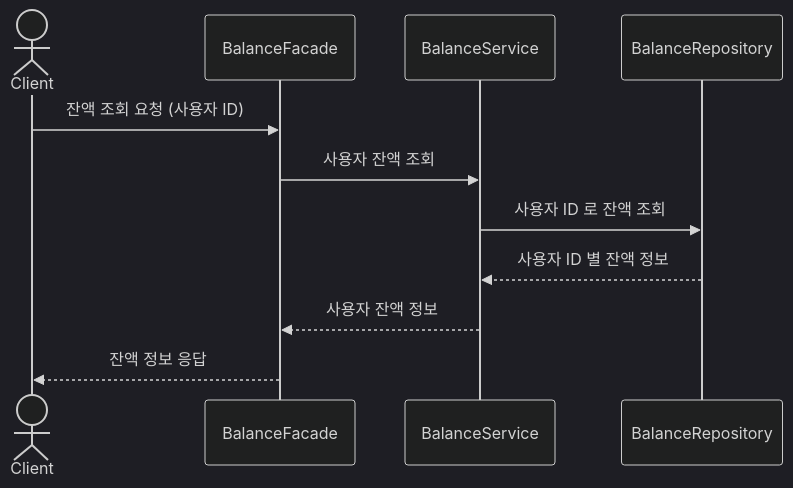
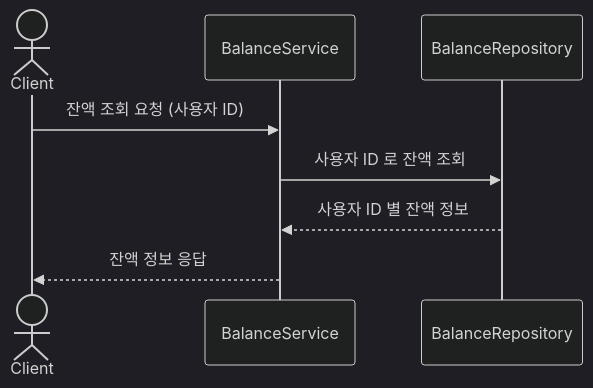
The second of 10 diagrams in docs/SEQUENCE_DIAGRAM.md (lgm1007/hhplus_ecommerce), drawn with Mermaid (dark theme) before and after one commit. The commit also changed other lines of this file, not shown here.

Commit message:
docs: 시퀀스 다이어그램 - 잔액 시퀀스 다이어그램 내용 수정

````diff
--- a/docs/SEQUENCE_DIAGRAM.md
+++ b/docs/SEQUENCE_DIAGRAM.md
@@ -31,14 +26,11 @@
 ```mermaid
 sequenceDiagram
     actor Client
-    participant BalanceFacade
     participant BalanceService
     participant BalanceRepository
 
-    Client ->> BalanceFacade: 잔액 조회 요청 (사용자 ID)
-    BalanceFacade ->> BalanceService: 사용자 잔액 조회
+    Client ->> BalanceService: 잔액 조회 요청 (사용자 ID)
     BalanceService ->> BalanceRepository: 사용자 ID 로 잔액 조회
     BalanceRepository -->> BalanceService: 사용자 ID 별 잔액 정보
-    BalanceService -->> BalanceFacade: 사용자 잔액 정보
-    BalanceFacade -->> Client: 잔액 정보 응답
+    BalanceService -->> Client: 잔액 정보 응답
 ```
````
